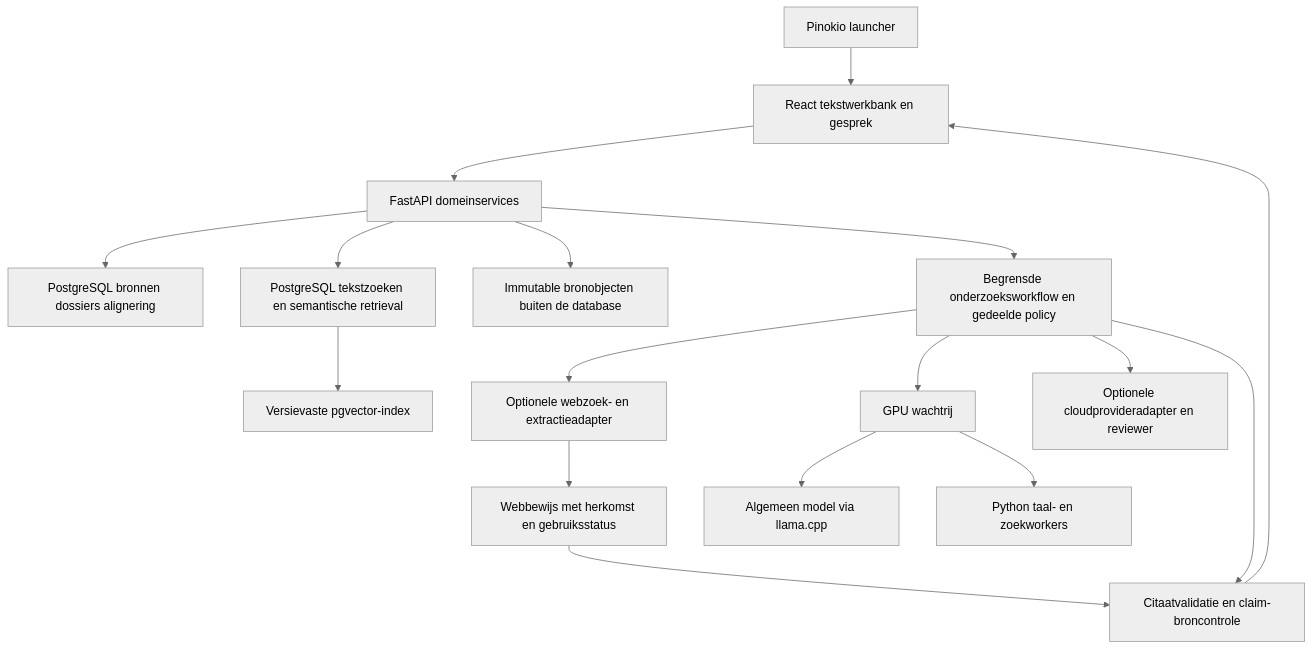
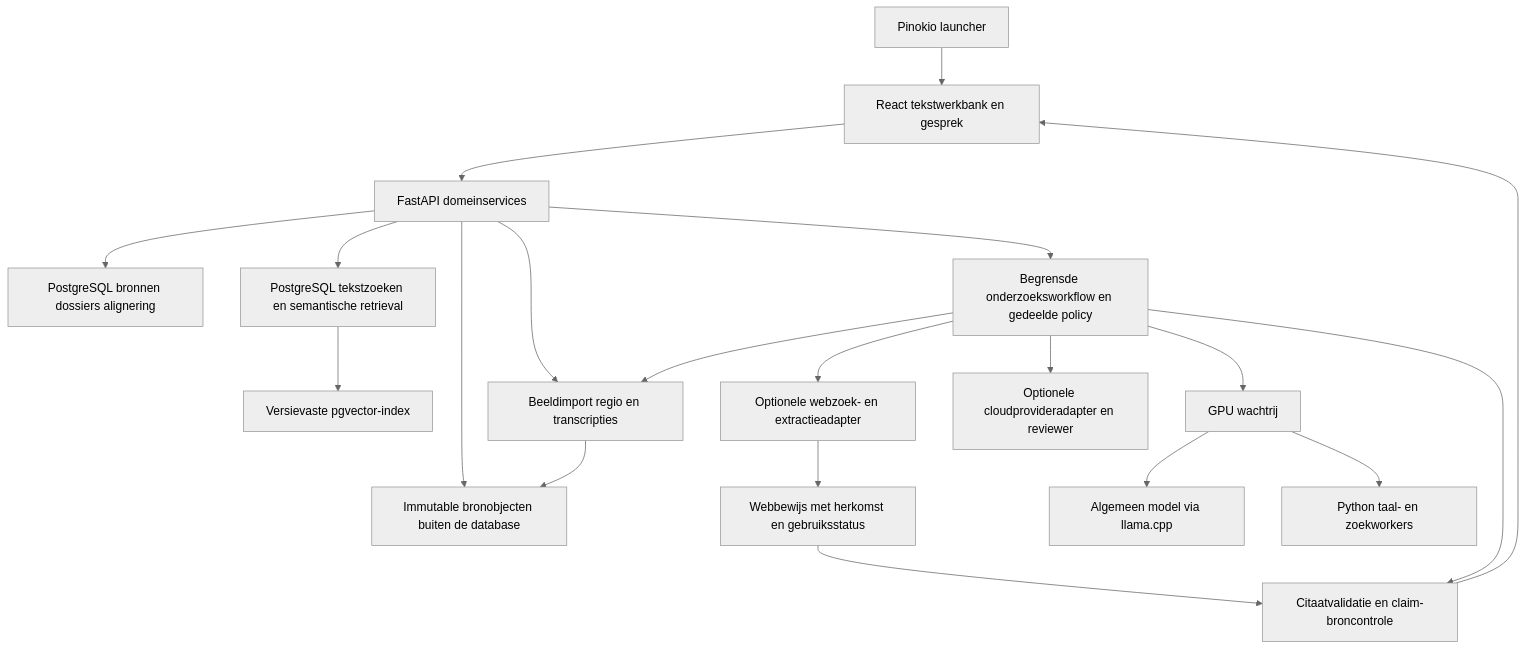
The first of 3 diagrams in docs/plans/2026-11-08-1552-feat-religion-research-app-plan.md (Euraika-Labs/euraika-compass), drawn with Mermaid (neutral theme) before and after one commit. The commit also changed other lines of this file and 10 other files, not shown here.

````diff
--- a/docs/plans/2026-11-08-1552-feat-religion-research-app-plan.md
+++ b/docs/plans/2026-11-08-1552-feat-religion-research-app-plan.md
@@ -211,19 +225,22 @@
 ```mermaid
 flowchart TB
   P[Pinokio launcher] --> UI[React tekstwerkbank en gesprek]
   UI --> API[FastAPI domeinservices]
   API --> DB[PostgreSQL bronnen dossiers alignering]
   API --> R[PostgreSQL tekstzoeken en semantische retrieval]
   R --> V[Versievaste pgvector-index]
   API --> AS[Immutable bronobjecten buiten de database]
+  API --> IMG[Beeldimport regio en transcripties]
+  IMG --> AS
   API --> O[Begrensde onderzoeksworkflow en gedeelde policy]
+  O --> IMG
   O --> W[Optionele webzoek- en extractieadapter]
   W --> E[Webbewijs met herkomst en gebruiksstatus]
   E --> C
   O --> Q[GPU wachtrij]
   Q --> L[Algemeen model via llama.cpp]
   Q --> T[Python taal- en zoekworkers]
   O --> CL[Optionele cloudprovideradapter en reviewer]
   O --> C[Citaatvalidatie en claim-broncontrole]
   C --> UI
 ```
````
